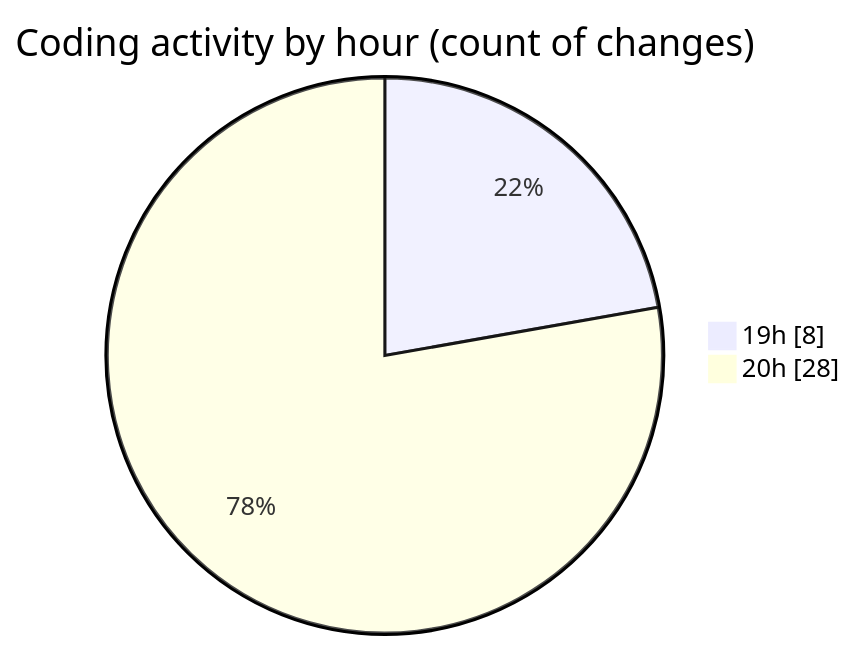
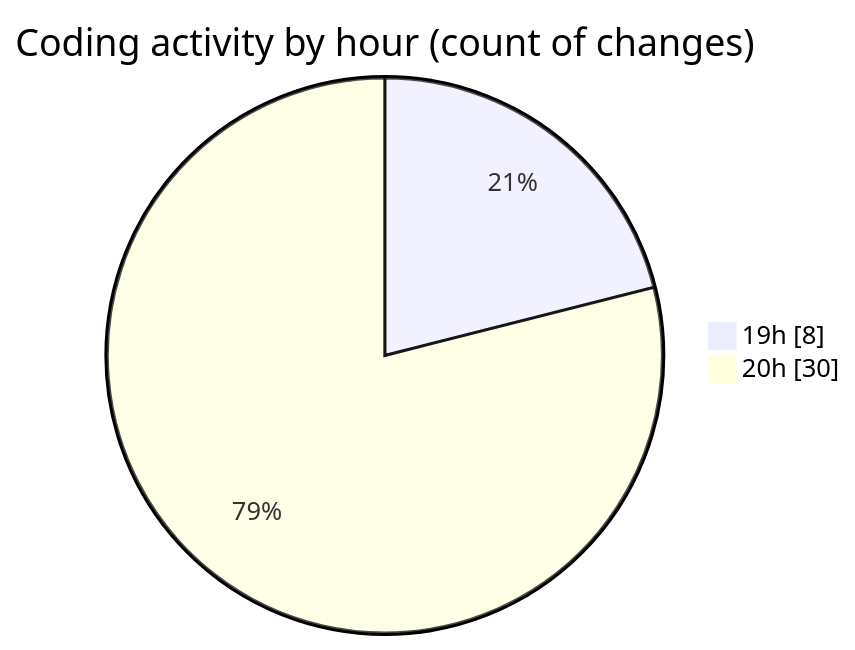
The second of 2 diagrams in 2025-05-27/ecom_store/README.md (Elitesun/code-tracking), drawn with Mermaid before and after one commit. The commit also changed other lines of this file and 1 other file, not shown here.

````diff
--- a/2025-05-27/ecom_store/README.md
+++ b/2025-05-27/ecom_store/README.md
@@ -43,6 +44,6 @@
 ```mermaid
 pie showData
 title Coding activity by hour (count of changes)
 "19h" : 8
-"20h" : 28
+"20h" : 30
 ```
````
